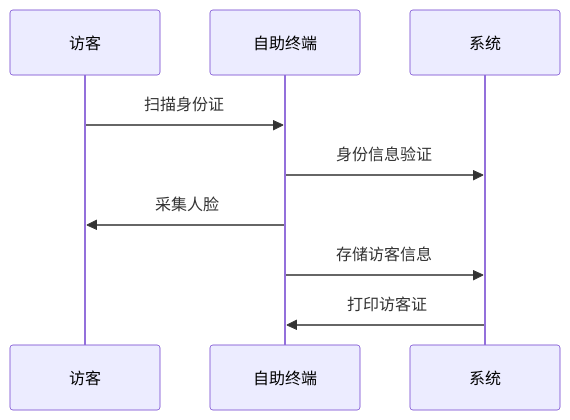
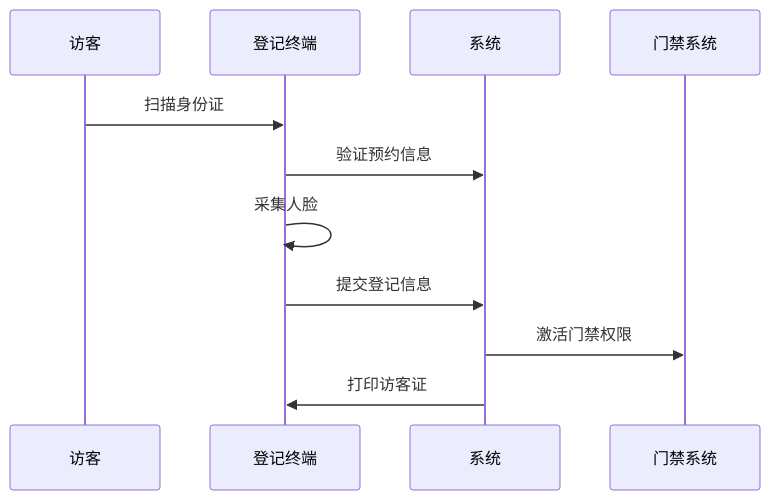
Before and after one commit to yuhaibao39/n8ndeploy: the third of 3 diagrams in devel/outlinedesign.md, drawn with Mermaid. The commit also changed other lines of this file, not shown here.

````diff
--- a/devel/outlinedesign.md
+++ b/devel/outlinedesign.md
@@ -81,12 +97,14 @@
-```mermaid 
+```mermaid
 sequenceDiagram
     participant V as 访客
-    participant K as 自助终端
+    participant K as 登记终端
     participant S as 系统
+    participant A as 门禁系统
     
     V->>K: 扫描身份证
-    K->>S: 身份信息验证
-    K->>V: 采集人脸
-    K->>S: 存储访客信息
+    K->>S: 验证预约信息
+    K->>K: 采集人脸
+    K->>S: 提交登记信息
+    S->>A: 激活门禁权限
     S->>K: 打印访客证
 ```
````
